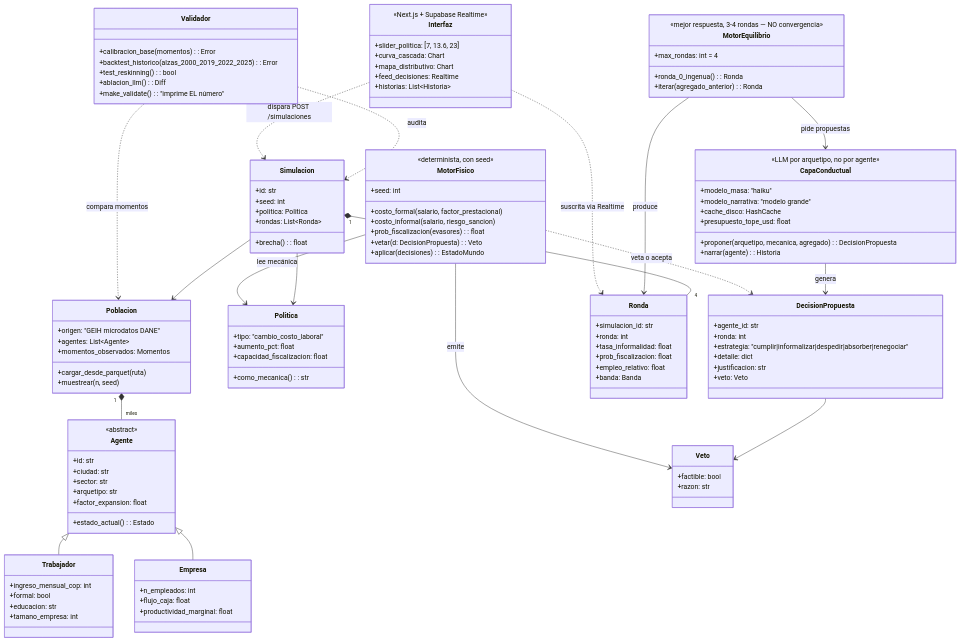
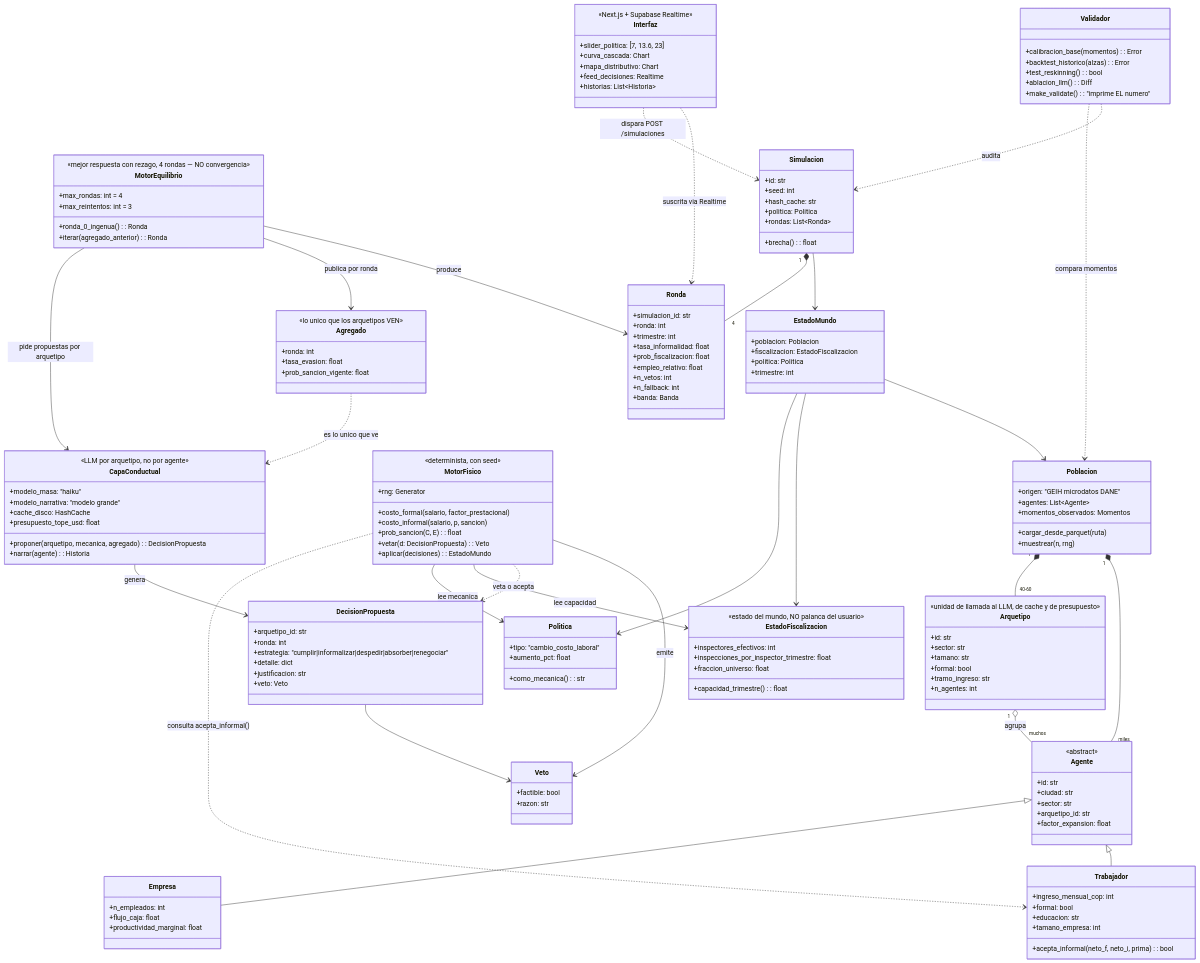
One commit to platanus-hack/platanus-hack-26-co-team-16 changed the diagram in docs/UML.md. Above: the diagram before and after it, drawn with Mermaid. The commit also changed other lines of this file and 15 other files, not shown here.

First line of the commit message:
docs(backend): fundamento del motor — IDEA.md, investigacion en 3 esferas y ADR 0005-0009

```diff
--- a/docs/UML.md
+++ b/docs/UML.md
@@ -12,7 +19,7 @@
         +agentes: List~Agente~
         +momentos_observados: Momentos
         +cargar_desde_parquet(ruta)
-        +muestrear(n, seed)
+        +muestrear(n, rng)
     }
 
     class Agente {
@@ -20,9 +27,8 @@
         +id: str
         +ciudad: str
         +sector: str
-        +arquetipo: str
+        +arquetipo_id: str
         +factor_expansion: float
-        +estado_actual(): Estado
     }
 
     class Trabajador {
@@ -30,6 +36,8 @@
         +formal: bool
         +educacion: str
         +tamano_empresa: int
+        %% ADR 0008: el trabajador NO usa LLM. Regla determinista.
+        +acepta_informal(neto_f, neto_i, prima): bool
     }
 
     class Empresa {
@@ -42,17 +50,49 @@
     class Politica {
         +tipo: "cambio_costo_laboral"
         +aumento_pct: float
-        +capacidad_fiscalizacion: float
-        %% al LLM NUNCA se le pasa el nombre, solo la mecánica
+        %% ADR 0006: la capacidad de fiscalizacion NO vive aca.
+        %% Al LLM jamas se le pasa el nombre, solo la mecanica.
         +como_mecanica(): str
+    }
+
+    class EstadoFiscalizacion {
+        <<estado del mundo, NO palanca del usuario>>
+        +inspectores_efectivos: int
+        +inspecciones_por_inspector_trimestre: float
+        +fraccion_universo: float
+        +capacidad_trimestre(): float
+    }
+
+    class EstadoMundo {
+        +poblacion: Poblacion
+        +fiscalizacion: EstadoFiscalizacion
+        +politica: Politica
+        +trimestre: int
+    }
+
+    class Arquetipo {
+        <<unidad de llamada al LLM, de cache y de presupuesto>>
+        +id: str
+        +sector: str
+        +tamano: str
+        +formal: bool
+        +tramo_ingreso: str
+        +n_agentes: int
+    }
+
+    class Agregado {
+        <<lo unico que los arquetipos VEN>>
+        +ronda: int
+        +tasa_evasion: float
+        +prob_sancion_vigente: float
     }
 
     class MotorFisico {
         <<determinista, con seed>>
-        +seed: int
+        +rng: Generator
         +costo_formal(salario, factor_prestacional)
-        +costo_informal(salario, riesgo_sancion)
-        +prob_fiscalizacion(evasores): float
+        +costo_informal(salario, p, sancion)
+        +prob_sancion(C, E): float
         +vetar(d: DecisionPropuesta): Veto
         +aplicar(decisiones): EstadoMundo
     }
@@ -68,7 +108,7 @@
     }
 
     class DecisionPropuesta {
-        +agente_id: str
+        +arquetipo_id: str
         +ronda: int
         +estrategia: "cumplir|informalizar|despedir|absorber|renegociar"
         +detalle: dict
@@ -79,11 +119,13 @@
     class Veto {
         +factible: bool
         +razon: str
+        %% max 3 reintentos; al agotarlos la estrategia terminal es "cumplir"
     }
 
     class MotorEquilibrio {
-        <<mejor respuesta, 3-4 rondas — NO convergencia>>
+        <<mejor respuesta con rezago, 4 rondas — NO convergencia>>
         +max_rondas: int = 4
+        +max_reintentos: int = 3
         +ronda_0_ingenua(): Ronda
         +iterar(agregado_anterior): Ronda
     }
@@ -91,15 +133,19 @@
     class Ronda {
         +simulacion_id: str
         +ronda: int
+        +trimestre: int
         +tasa_informalidad: float
         +prob_fiscalizacion: float
         +empleo_relativo: float
+        +n_vetos: int
+        +n_fallback: int
         +banda: Banda
     }
 
     class Simulacion {
         +id: str
         +seed: int
+        +hash_cache: str
         +politica: Politica
         +rondas: List~Ronda~
         +brecha(): float
@@ -108,10 +154,10 @@
 
     class Validador {
         +calibracion_base(momentos): Error
-        +backtest_historico(alzas_2000_2019_2022_2025): Error
+        +backtest_historico(alzas): Error
         +test_reskinning(): bool
         +ablacion_llm(): Diff
-        +make_validate(): "imprime EL número"
+        +make_validate(): "imprime EL numero"
     }
 
     class Interfaz {
@@ -126,16 +172,26 @@
     Poblacion "1" *-- "miles" Agente
     Agente <|-- Trabajador
     Agente <|-- Empresa
-    Simulacion --> Politica
-    Simulacion --> Poblacion
+    Poblacion "1" *-- "40-60" Arquetipo
+    Arquetipo "1" o-- "muchos" Agente : agrupa
+
+    EstadoMundo --> Poblacion
+    EstadoMundo --> EstadoFiscalizacion
+    EstadoMundo --> Politica
+
+    Simulacion --> EstadoMundo
     Simulacion "1" *-- "4" Ronda
     MotorEquilibrio --> Ronda : produce
-    MotorEquilibrio --> CapaConductual : pide propuestas
+    MotorEquilibrio --> Agregado : publica por ronda
+    Agregado ..> CapaConductual : es lo unico que ve
+    MotorEquilibrio --> CapaConductual : pide propuestas por arquetipo
     CapaConductual --> DecisionPropuesta : genera
     DecisionPropuesta --> Veto
     MotorFisico --> Veto : emite
     MotorFisico ..> DecisionPropuesta : veta o acepta
-    MotorFisico --> Politica : lee mecánica
+    MotorFisico --> EstadoFiscalizacion : lee capacidad
+    MotorFisico --> Politica : lee mecanica
+    MotorFisico ..> Trabajador : consulta acepta_informal()
     Validador ..> Simulacion : audita
     Validador ..> Poblacion : compara momentos
     Interfaz ..> Ronda : suscrita via Realtime
```
